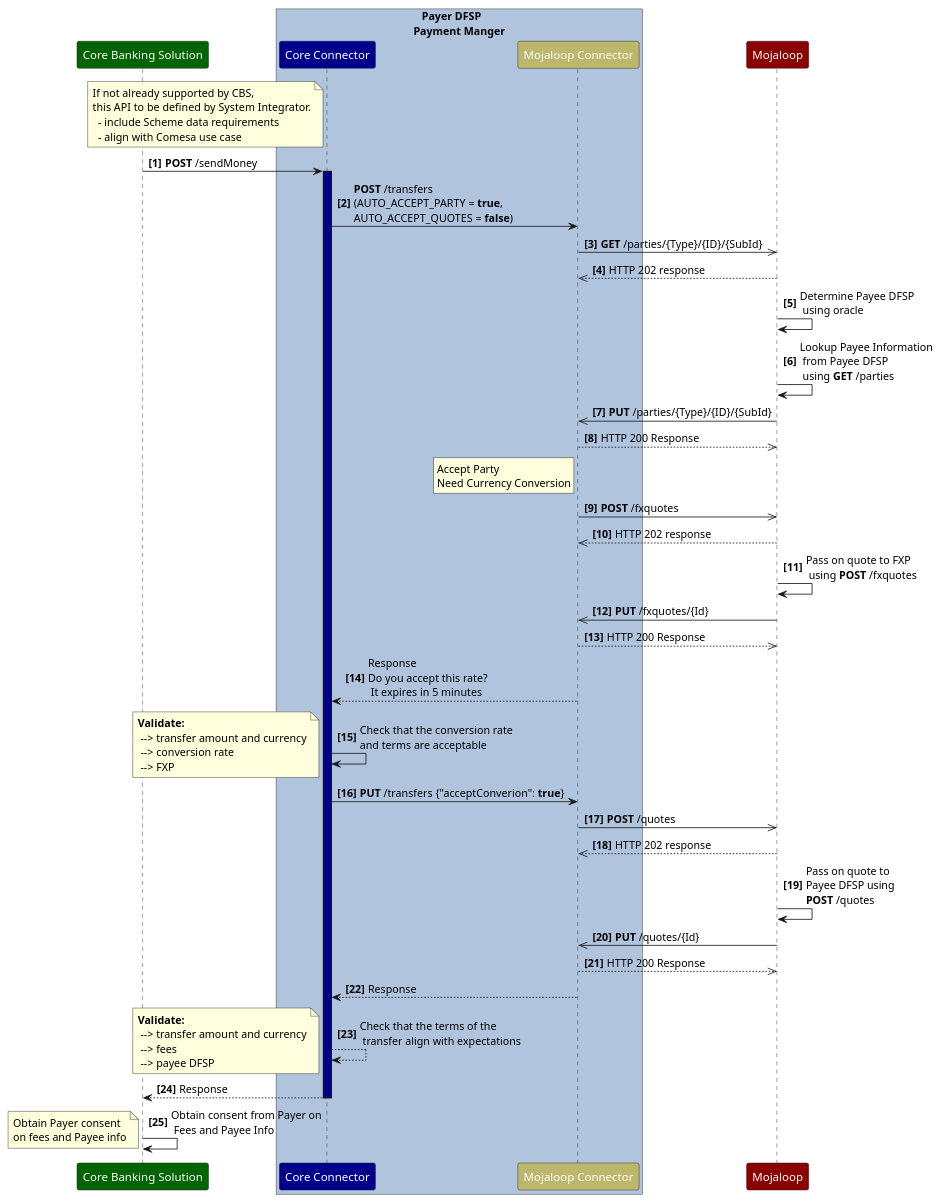
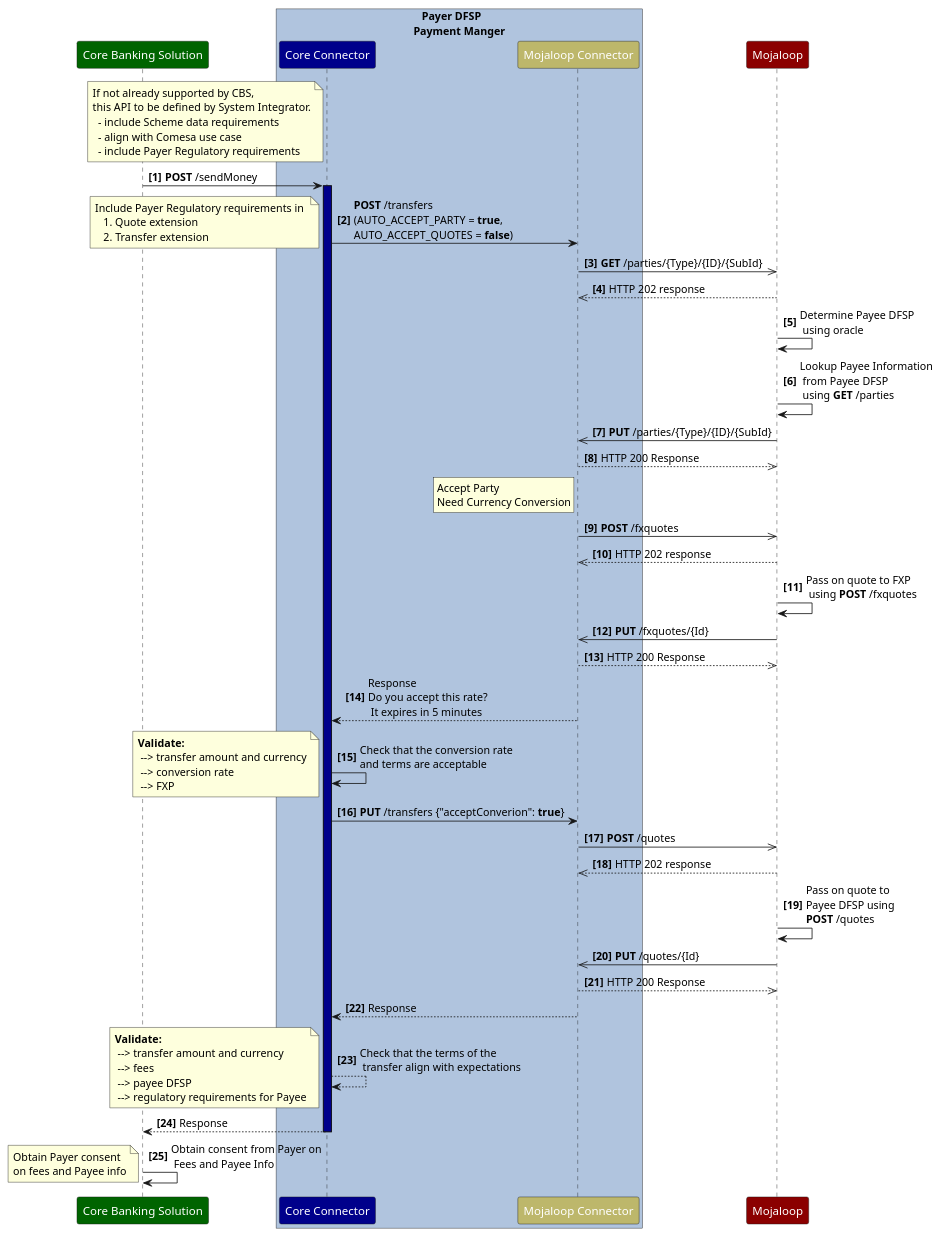
The diagram in DesignSequenceDiagrams/PayerDFSPConsentIntegrationPattern-Consent.PlantUML (infitx-org/participation-tool-docs), drawn with PlantUML before and after one commit. The commit also changed 29 other files, not shown here.

```diff
--- a/DesignSequenceDiagrams/PayerDFSPConsentIntegrationPattern-Consent.PlantUML
+++ b/DesignSequenceDiagrams/PayerDFSPConsentIntegrationPattern-Consent.PlantUML
@@ -1,72 +1,80 @@
 @startuml PayerDFSPConsentIntegrationPattern-Consent
 /'*****
 --------------
 ******'/
 
 skinparam participant { 
   FontColor white
 }
   participant "Core Banking Solution" as CBS #DarkGreen
 box "   Payer DFSP\nPayment Manger" #LightSteelBlue
   participant "Core Connector" as CC  #DarkBlue
   participant "Mojaloop Connector" as MC #DarkKhaki
 end box
 participant "Mojaloop" as Switch #DarkRed
 
 autonumber 1 1 "<b>[0]"
 
 note left CC
   If not already supported by CBS, 
   this API to be defined by System Integrator.
     - include Scheme data requirements
-    - align with Comesa use case    
+    - align with Comesa use case  
+    - include Payer Regulatory requirements
 end note
 CBS->CC: **POST** /sendMoney 
+
 activate CC #DarkBlue
 CC->MC: **POST** /transfers \n(AUTO_ACCEPT_PARTY = **true**, \nAUTO_ACCEPT_QUOTES = **false**)
+note left
+Include Payer Regulatory requirements in 
+   1. Quote extension 
+   2. Transfer extension 
+end note
 MC->>Switch: **GET** /parties/{Type}/{ID}/{SubId}
 Switch-->>MC: HTTP 202 response
 Switch->Switch: Determine Payee DFSP\n using oracle
 Switch->Switch: Lookup Payee Information\n from Payee DFSP\n using **GET** /parties
 Switch->>MC: **PUT** /parties/{Type}/{ID}/{SubId}
 MC-->>Switch: HTTP 200 Response
 rnote left MC
   Accept Party
   Need Currency Conversion
 endrnote
 MC->>Switch: **POST** /fxquotes
 Switch-->>MC: HTTP 202 response
 Switch->Switch: Pass on quote to FXP\n using **POST** /fxquotes
 Switch->>MC: **PUT** /fxquotes/{Id}
 MC-->>Switch: HTTP 200 Response
 MC-->CC: Response \nDo you accept this rate? \n It expires in 5 minutes
 CC->CC: Check that the conversion rate \nand terms are acceptable
 note left
   **Validate:**
    --> transfer amount and currency
    --> conversion rate
    --> FXP
 end note  
 CC->MC: **PUT** /transfers {"acceptConverion": **true**}
 MC->>Switch: **POST** /quotes
 Switch-->>MC: HTTP 202 response
 Switch->Switch: Pass on quote to \nPayee DFSP using \n**POST** /quotes
 Switch->>MC: **PUT** /quotes/{Id}
 MC-->>Switch: HTTP 200 Response
 MC-->CC: Response
 CC-->CC: Check that the terms of the \n transfer align with expectations
 note left
 **Validate:**
  --> transfer amount and currency
  --> fees 
  --> payee DFSP
+ --> regulatory requirements for Payee
 end note
 CC-->CBS: Response
 deactivate CC
 CBS->CBS: Obtain consent from Payer on\n Fees and Payee Info
 note left
   Obtain Payer consent 
   on fees and Payee info
 end note
 
 @enduml
```
